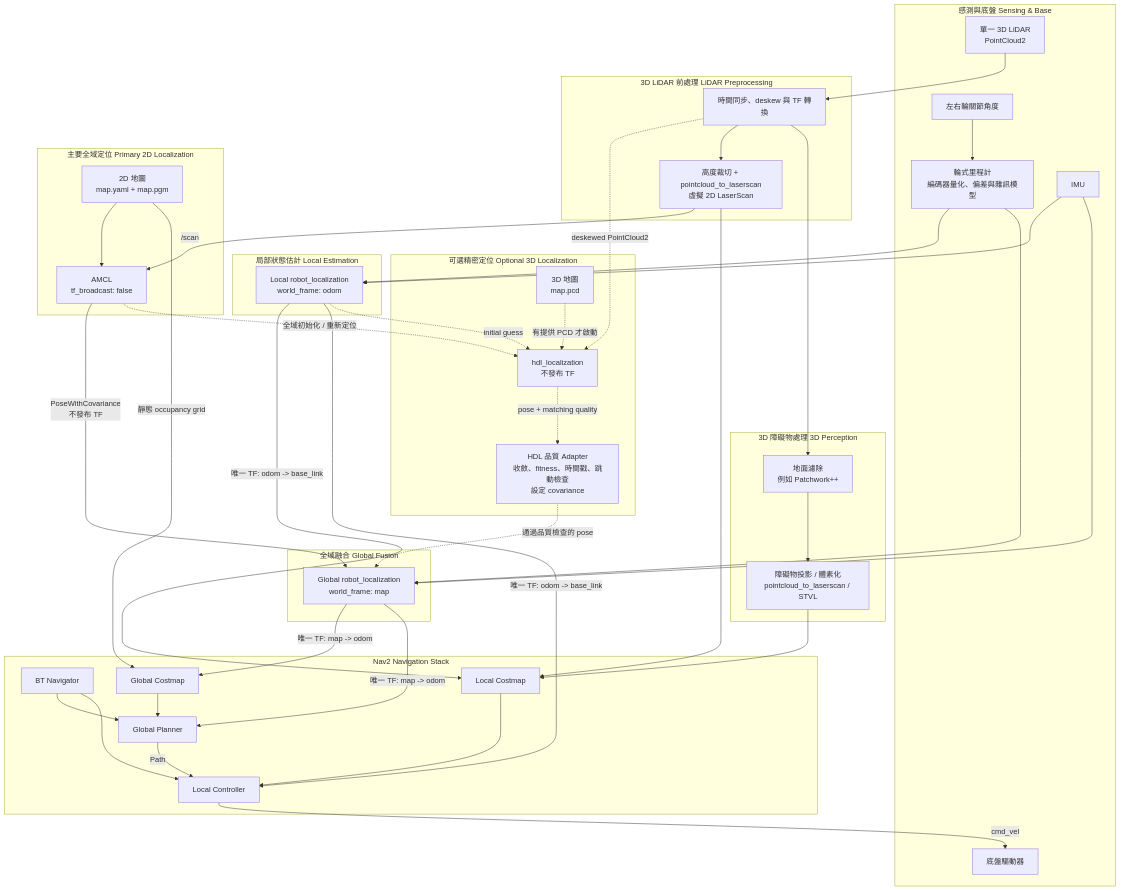
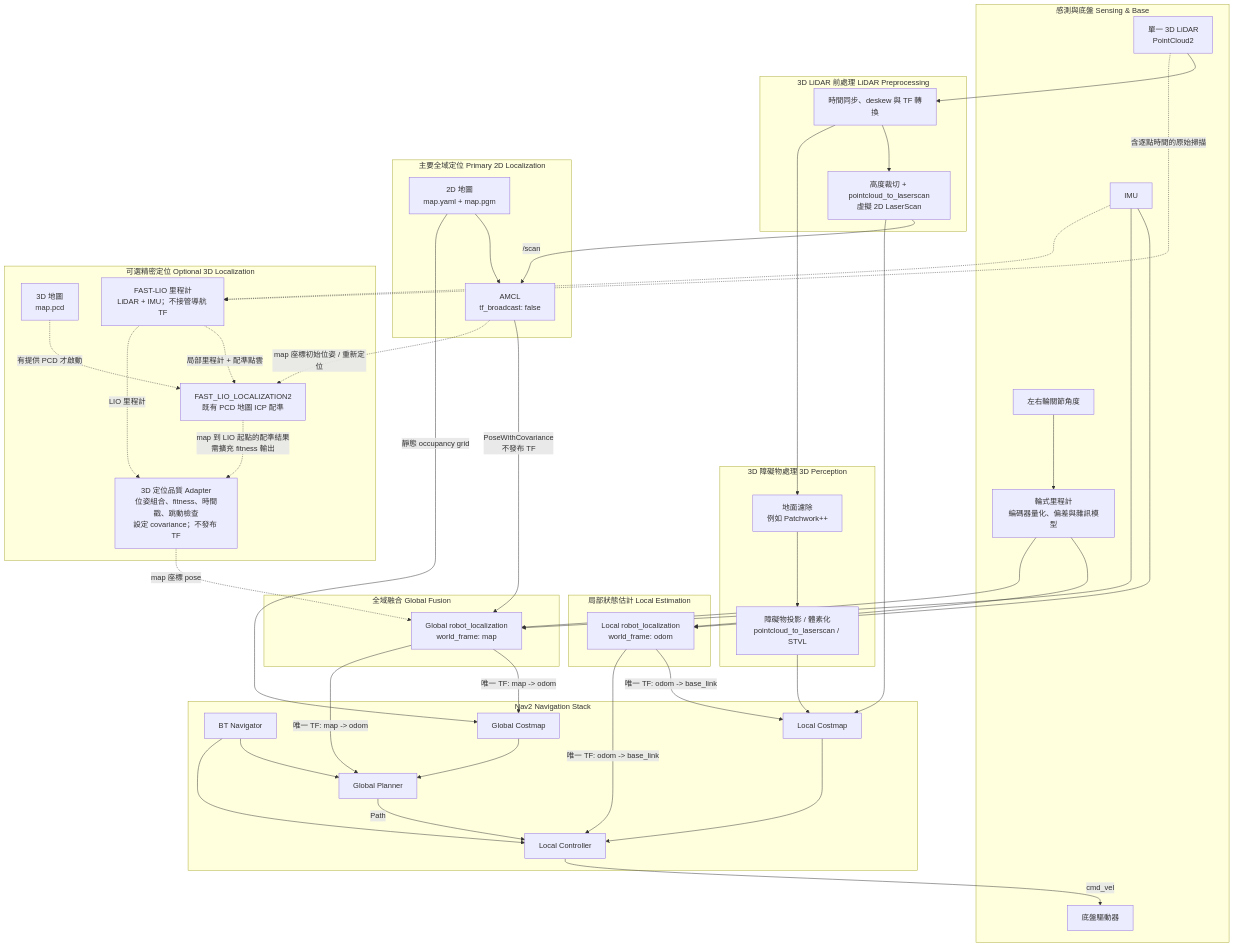
One commit to piggaycheng/isaacsim_fast-lio2-slam changed the diagram in docs/3d_localization.md. Above: the diagram before and after it, drawn with Mermaid. The commit also changed other lines of this file, not shown here.

Commit message:
Document FAST-LIO localization in planned 3D architecture

```diff
--- a/docs/3d_localization.md
+++ b/docs/3d_localization.md
@@ -43,8 +45,9 @@
     %% -------------------- 可選 3D 全域定位 --------------------
     subgraph Localization3D ["可選精密定位 Optional 3D Localization"]
         PCD["3D 地圖<br/>map.pcd"]
-        HDL["hdl_localization<br/>不發布 TF"]
-        HDLAdapter["HDL 品質 Adapter<br/>收斂、fitness、時間戳、跳動檢查<br/>設定 covariance"]
+        FastLIO["FAST-LIO 里程計<br/>LiDAR + IMU；不接管導航 TF"]
+        FastLIOLocalization["FAST_LIO_LOCALIZATION2<br/>既有 PCD 地圖 ICP 配準"]
+        FastLIOAdapter["3D 定位品質 Adapter<br/>位姿組合、fitness、時間戳、跳動檢查<br/>設定 covariance；不發布 TF"]
     end
 
     %% -------------------- 全域融合 --------------------
@@ -81,14 +84,16 @@
     ScanProjection -->|"/scan"| AMCL
     AMCL -->|"PoseWithCovariance<br/>不發布 TF"| GlobalEKF
 
-    %% 有 PCD 時才啟動的 HDL 分支
-    PCD -.->|"有提供 PCD 才啟動"| HDL
+    %% 有 PCD 時才啟動的 FAST-LIO 全域定位分支
+    PCD -.->|"有提供 PCD 才啟動"| FastLIOLocalization
     Lidar3D --> Deskew
-    Deskew -.->|"deskewed PointCloud2"| HDL
-    LocalEKF -.->|"initial guess"| HDL
-    AMCL -.->|"全域初始化 / 重新定位"| HDL
-    HDL -.->|"pose + matching quality"| HDLAdapter
-    HDLAdapter -.->|"通過品質檢查的 pose"| GlobalEKF
+    Lidar3D -.->|"含逐點時間的原始掃描"| FastLIO
+    IMU -.-> FastLIO
+    FastLIO -.->|"局部里程計 + 配準點雲"| FastLIOLocalization
+    AMCL -.->|"map 座標初始位姿 / 重新定位"| FastLIOLocalization
+    FastLIOLocalization -.->|"map 到 LIO 起點的配準結果<br/>需擴充 fitness 輸出"| FastLIOAdapter
+    FastLIO -.->|"LIO 里程計"| FastLIOAdapter
+    FastLIOAdapter -.->|"map 座標 pose"| GlobalEKF
 
     %% Global EKF 是 map -> odom 的唯一發布者
     GlobalEKF -->|"唯一 TF: map -> odom"| GlobalCostmap
```
